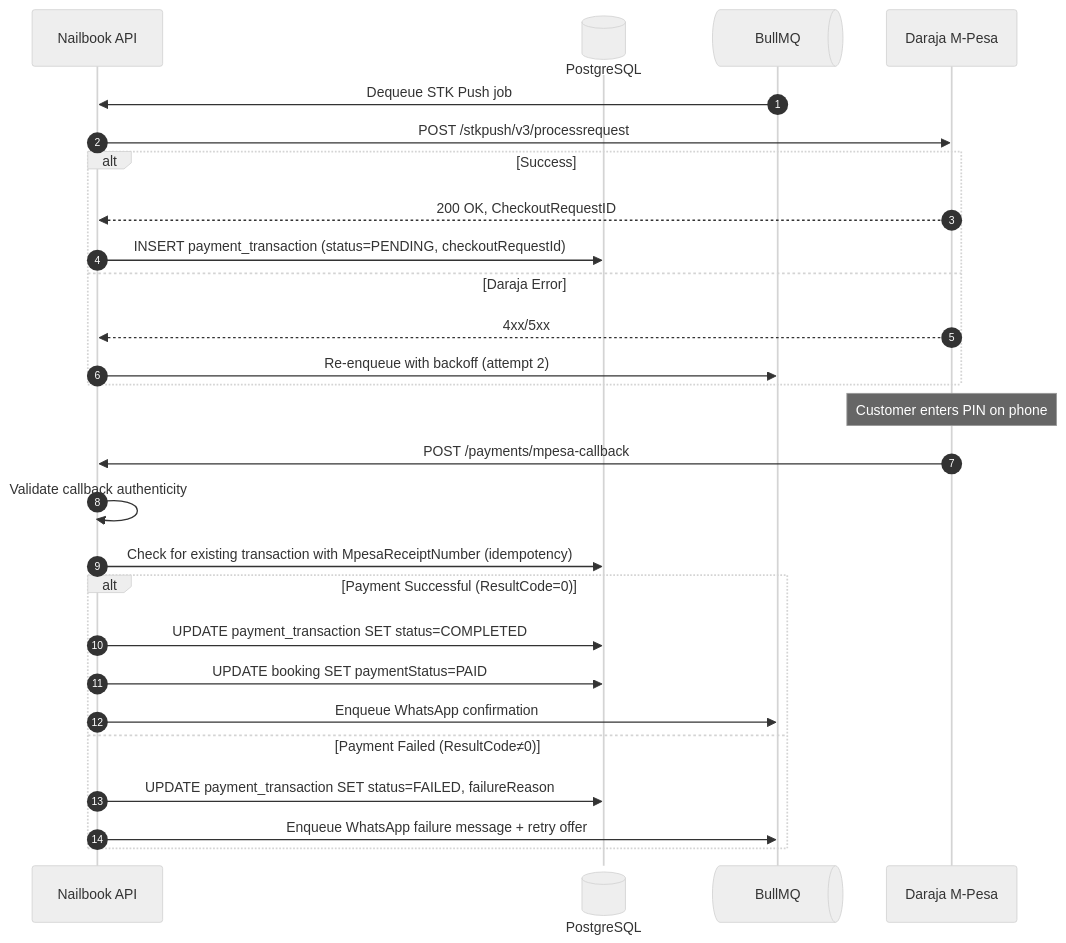
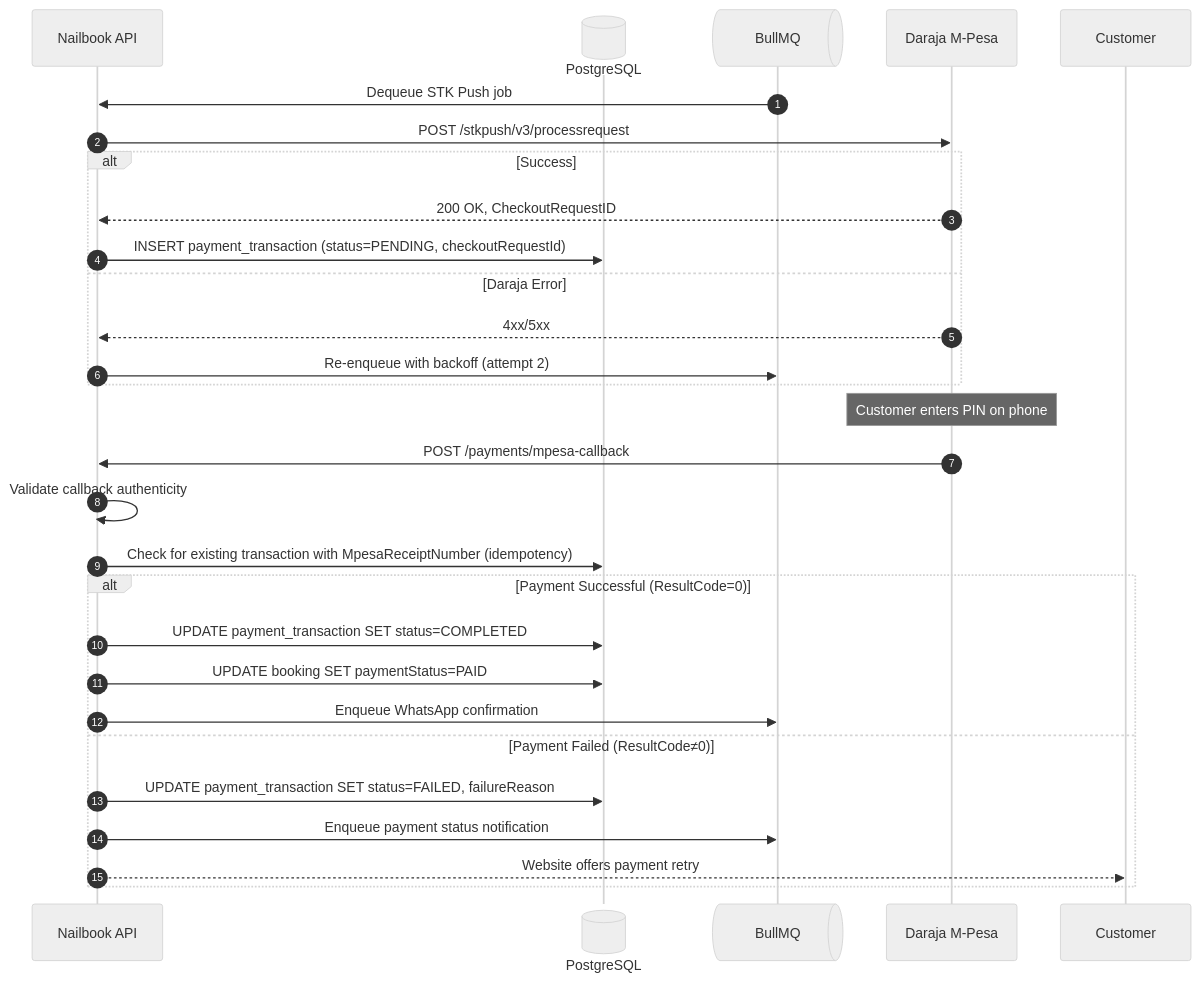
One commit to eva003n/Nailbook changed the sixth of 7 diagrams in docs/ARCHITECTURE.md. Above: the diagram before and after it, drawn with Mermaid (neutral theme). The commit also changed other lines of this file and 25 other files, not shown here.

````diff
--- a/docs/ARCHITECTURE.md
+++ b/docs/ARCHITECTURE.md
@@ -224,33 +203,34 @@
 ```mermaid
 sequenceDiagram
     autonumber
     participant API as Nailbook API
     participant DB@{"type": "database"} as PostgreSQL
     participant Queue@{"type": "queue" } as BullMQ
     participant Daraja as Daraja M-Pesa
 
     Queue->>API: Dequeue STK Push job
     API->>Daraja: POST /stkpush/v3/processrequest
     alt Success
         Daraja-->>API: 200 OK, CheckoutRequestID
         API->>DB: INSERT payment_transaction (status=PENDING, checkoutRequestId)
     else Daraja Error
         Daraja-->>API: 4xx/5xx
         API->>Queue: Re-enqueue with backoff (attempt 2)
     end
 
     Note over Daraja: Customer enters PIN on phone
 
     Daraja->>API: POST /payments/mpesa-callback
     API->>API: Validate callback authenticity
     API->>DB: Check for existing transaction with MpesaReceiptNumber (idempotency)
 
     alt Payment Successful (ResultCode=0)
         API->>DB: UPDATE payment_transaction SET status=COMPLETED
         API->>DB: UPDATE booking SET paymentStatus=PAID
         API->>Queue: Enqueue WhatsApp confirmation
     else Payment Failed (ResultCode≠0)
         API->>DB: UPDATE payment_transaction SET status=FAILED, failureReason
-        API->>Queue: Enqueue WhatsApp failure message + retry offer
+        API->>Queue: Enqueue payment status notification
+        API-->>Customer: Website offers payment retry
     end
 ```
````
